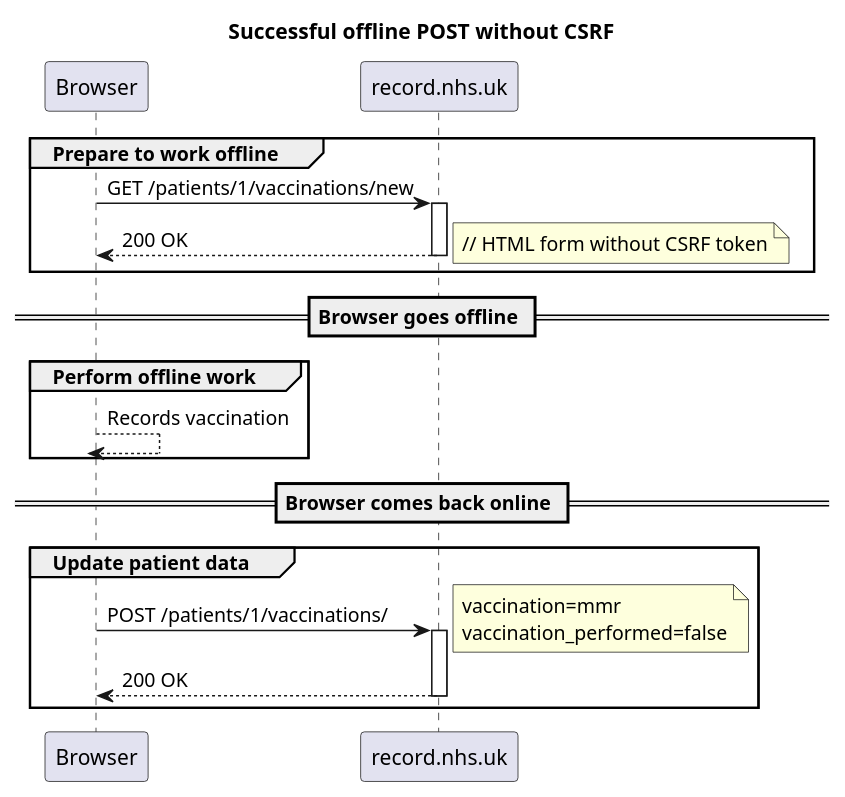
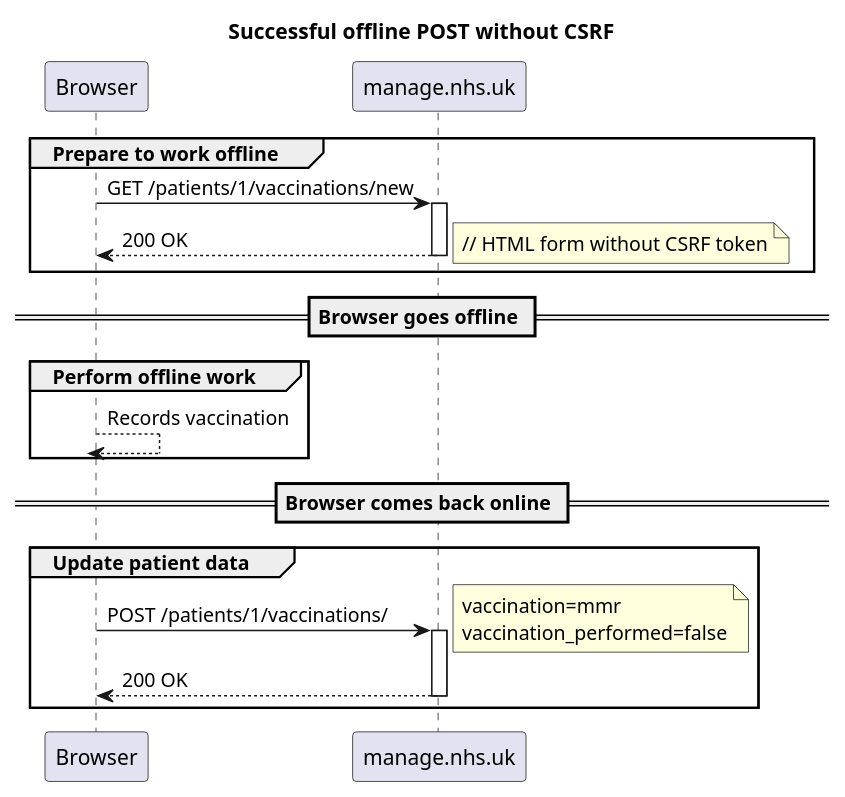
Before and after one commit to nhsuk/manage-vaccinations-in-schools: the diagram in docs/diagrams/successful-offline-post-without-csrf.puml, drawn with PlantUML. The commit also changed 14 other files, not shown here.

Commit message:
Rename record to manage

```diff
--- a/docs/diagrams/successful-offline-post-without-csrf.puml
+++ b/docs/diagrams/successful-offline-post-without-csrf.puml
@@ -1,32 +1,32 @@
 @startuml
 
 title Successful offline POST without CSRF
 
 autoactivate on
 
 group Prepare to work offline
-    Browser -> record.nhs.uk: GET /patients/1/vaccinations/new
+    Browser -> manage.nhs.uk: GET /patients/1/vaccinations/new
     return 200 OK
     note right
         // HTML form without CSRF token
     end note
 end
 
 == Browser goes offline ==
 
 group Perform offline work
     Browser --> Browser: Records vaccination
 end
 
 == Browser comes back online ==
 
 group Update patient data
-    Browser -> record.nhs.uk: POST /patients/1/vaccinations/
+    Browser -> manage.nhs.uk: POST /patients/1/vaccinations/
     note right
         vaccination=mmr
         vaccination_performed=false
     end note
     return 200 OK
 end
 
 @enduml
```
